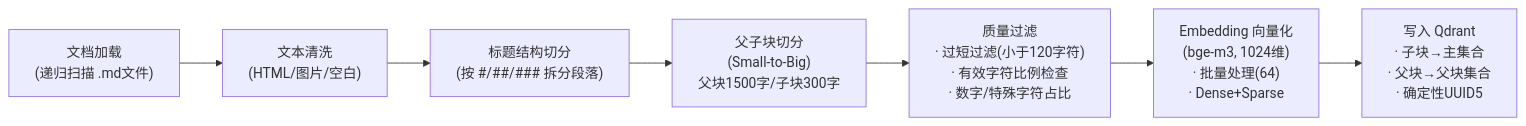
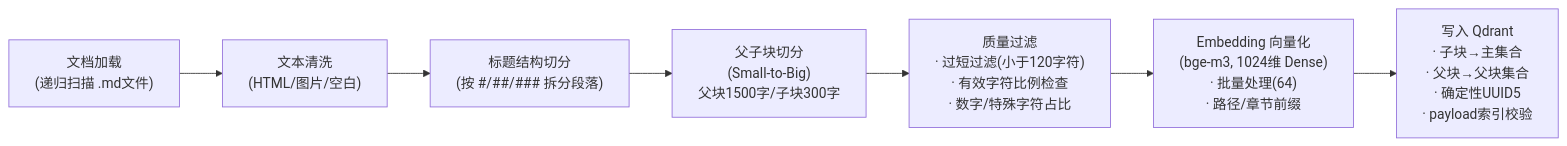
The third of 5 diagrams in docs/ARCHITECTURE.md (youngerrwei/403_RAG), drawn with Mermaid before and after one commit. The commit also changed other lines of this file and 7 other files, not shown here.

````diff
--- a/docs/ARCHITECTURE.md
+++ b/docs/ARCHITECTURE.md
@@ -69,7 +69,7 @@
 ```mermaid
 flowchart LR
     A["文档加载<br>(递归扫描 .md文件)"] --> B["文本清洗<br>(HTML/图片/空白)"] --> C["标题结构切分<br>(按 #/##/### 拆分段落)"] --> D["父子块切分<br>(Small-to-Big)<br>父块1500字/子块300字"]
     D --> E["质量过滤<br>· 过短过滤(小于120字符)<br>· 有效字符比例检查<br>· 数字/特殊字符占比"]
-    E --> F["Embedding 向量化<br>(bge-m3, 1024维)<br>· 批量处理(64)<br>· Dense+Sparse"]
-    F --> G["写入 Qdrant<br>· 子块→主集合<br>· 父块→父块集合<br>· 确定性UUID5"]
+    E --> F["Embedding 向量化<br>(bge-m3, 1024维 Dense)<br>· 批量处理(64)<br>· 路径/章节前缀"]
+    F --> G["写入 Qdrant<br>· 子块→主集合<br>· 父块→父块集合<br>· 确定性UUID5<br>· payload索引校验"]
 ```
````
